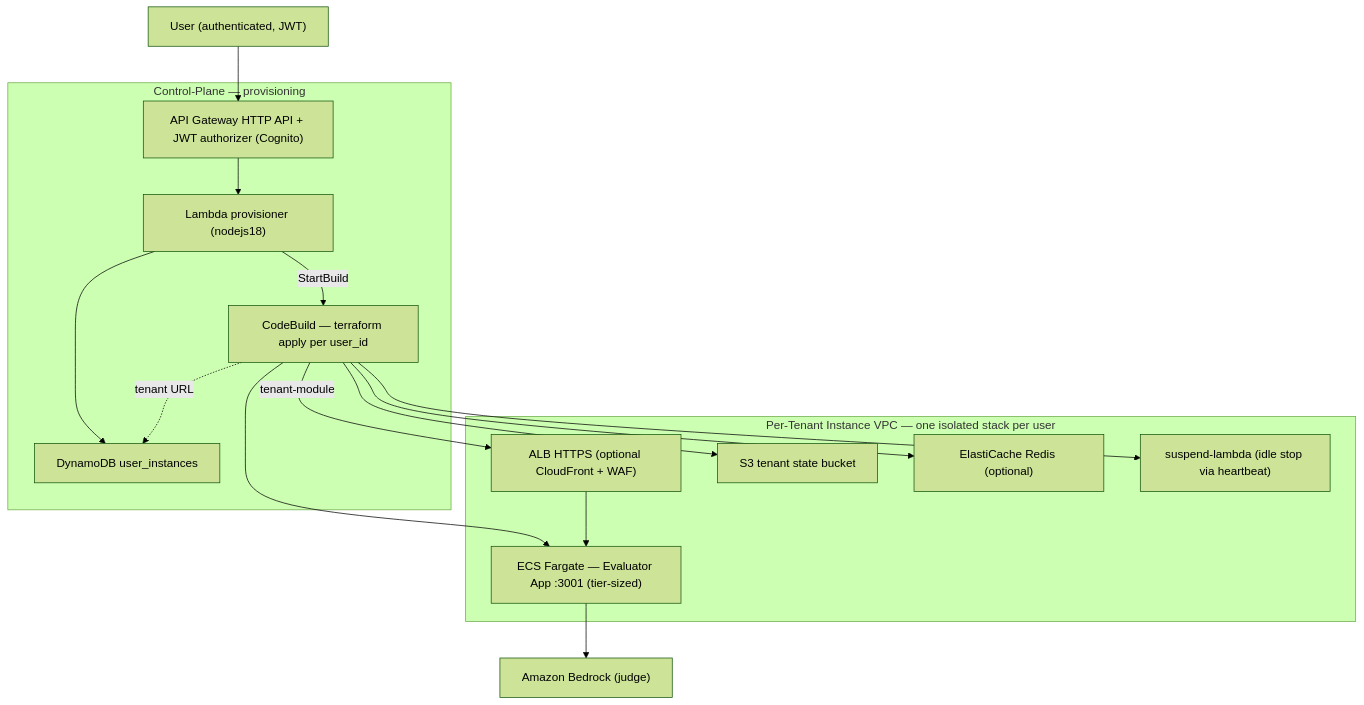
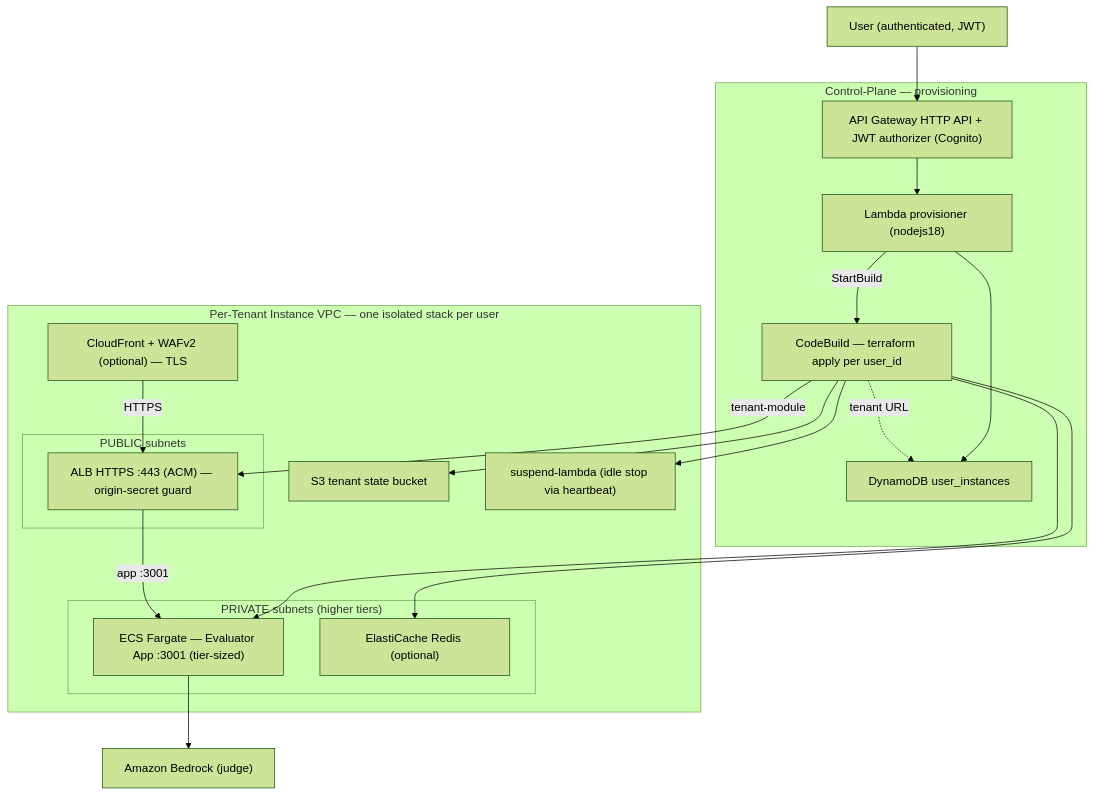
One commit to alokkulkarni/aria-evaluator-ts changed the second of 3 diagrams in docs/ARCHITECTURE.md. Above: the diagram before and after it, drawn with Mermaid (forest theme). The commit also changed other lines of this file, not shown here.

Commit message:
feat(docs): enhance architecture documentation with detailed network security and TLS posture

````diff
--- a/docs/ARCHITECTURE.md
+++ b/docs/ARCHITECTURE.md
@@ -141,33 +168,39 @@
 ```mermaid
 flowchart TB
   user["User (authenticated, JWT)"]
 
   subgraph cp["Control-Plane — provisioning"]
     apigw["API Gateway HTTP API + JWT authorizer (Cognito)"]
     plambda["Lambda provisioner (nodejs18)"]
     cb["CodeBuild — terraform apply per user_id"]
     uitable["DynamoDB user_instances"]
   end
 
   subgraph tvpc["Per-Tenant Instance VPC — one isolated stack per user"]
-    tedge["ALB HTTPS (optional CloudFront + WAF)"]
-    tecs["ECS Fargate — Evaluator App :3001 (tier-sized)"]
+    tcf["CloudFront + WAFv2 (optional) — TLS"]
+    subgraph tpub["PUBLIC subnets"]
+      tedge["ALB HTTPS :443 (ACM) — origin-secret guard"]
+    end
+    subgraph tpriv["PRIVATE subnets (higher tiers)"]
+      tecs["ECS Fargate — Evaluator App :3001 (tier-sized)"]
+      tredis["ElastiCache Redis (optional)"]
+    end
     ts3["S3 tenant state bucket"]
-    tredis["ElastiCache Redis (optional)"]
     tsusp["suspend-lambda (idle stop via heartbeat)"]
   end
 
   bedrock2["Amazon Bedrock (judge)"]
 
   user --> apigw --> plambda
   plambda -->|"StartBuild"| cb
   plambda --> uitable
   cb -->|"tenant-module"| tedge
   cb --> tecs
   cb --> ts3
   cb --> tredis
   cb --> tsusp
   cb -.->|"tenant URL"| uitable
-  tedge --> tecs
+  tcf -->|"HTTPS"| tedge
+  tedge -->|"app :3001"| tecs
   tecs --> bedrock2
 ```
````
